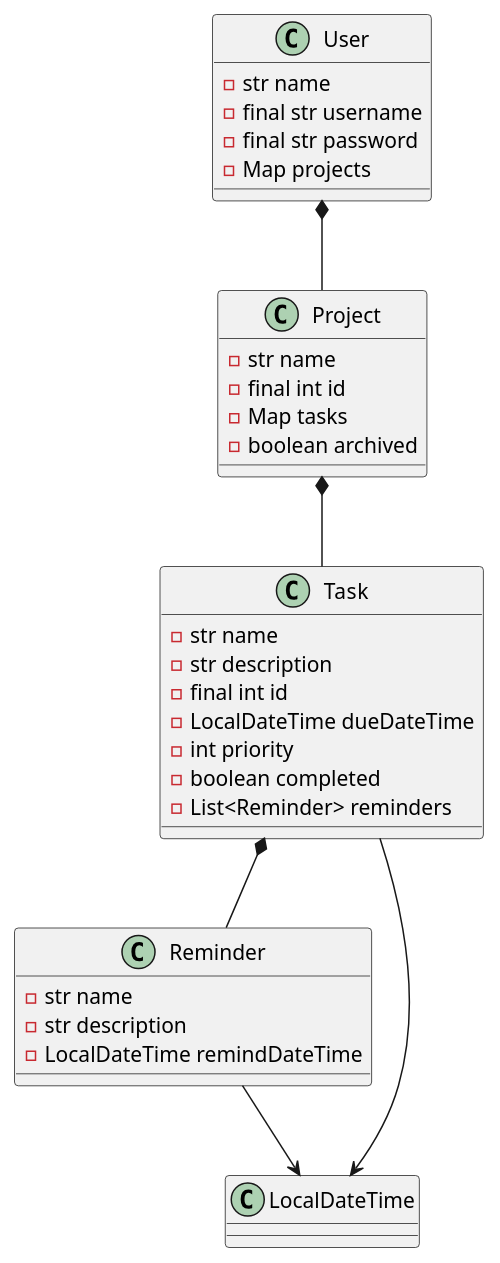
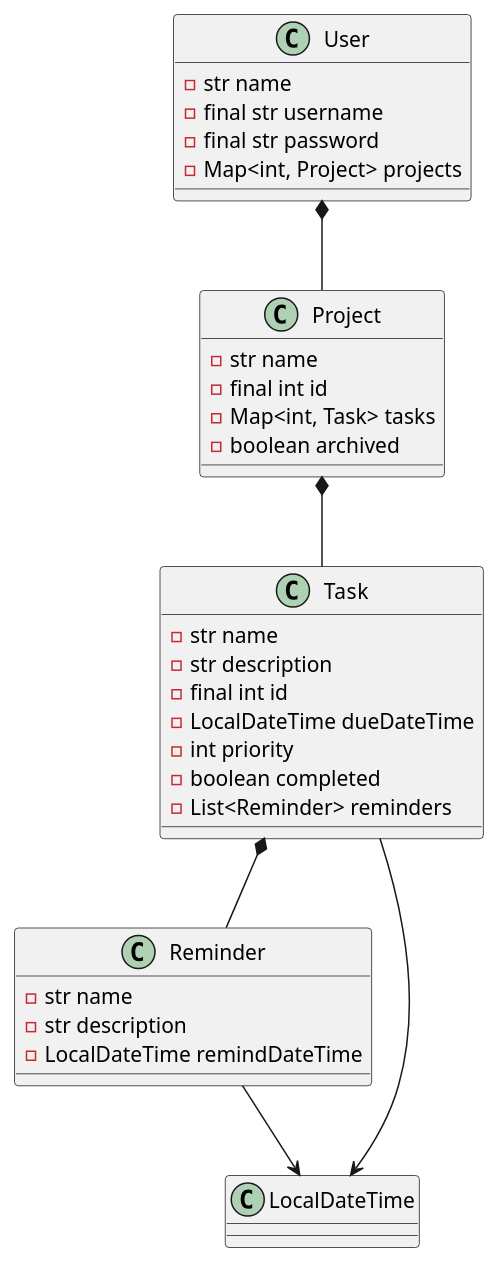
The diagram in classes.puml (earnestma/csc207-project), drawn with PlantUML before and after one commit.

Commit message:
Updated UML diagram for consistency

```diff
--- a/classes.puml
+++ b/classes.puml
@@ -1,44 +1,44 @@
 @startuml
 'https://plantuml.com/class-diagram
 
 'Composition Relations (A has B)'
 User *-- Project
 Project *-- Task
 Task *-- Reminder
 
 'Dependency Relations (A use B)'
 Task --> LocalDateTime
 Reminder --> LocalDateTime
 
 class Task {
 - str name
 - str description
 - final int id
 - LocalDateTime dueDateTime
 - int priority
 - boolean completed
 - List<Reminder> reminders
 }
 
 class Project {
 - str name
 - final int id
-- Map tasks
+- Map<int, Task> tasks
 - boolean archived
 }
 
-class User{
+class User {
 - str name
 - final str username
 - final str password
-- Map projects
+- Map<int, Project> projects
 }
 
-class Reminder{
+class Reminder {
 - str name
 - str description
 - LocalDateTime remindDateTime
 }
 
 
 @enduml
```
